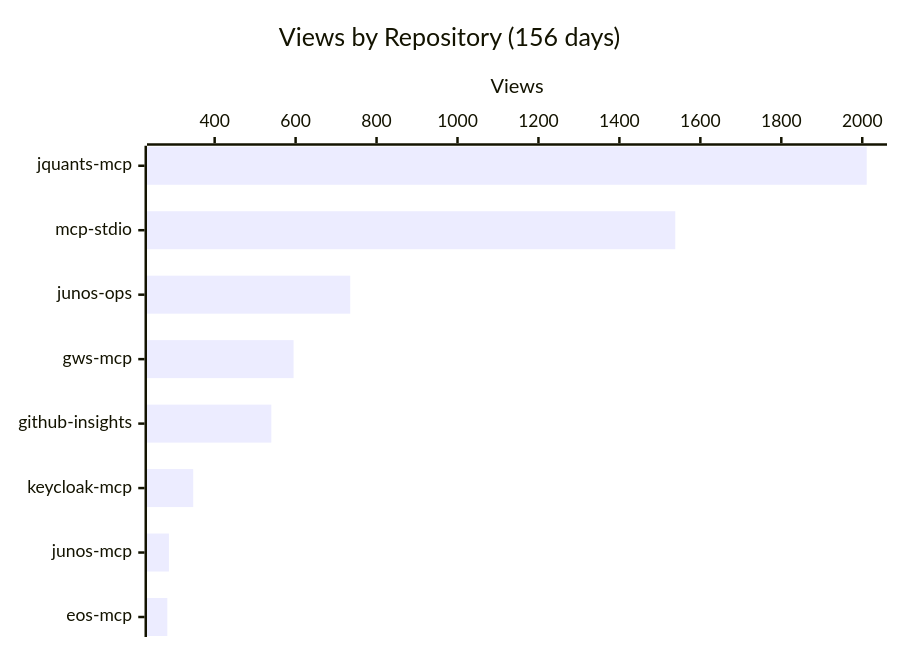
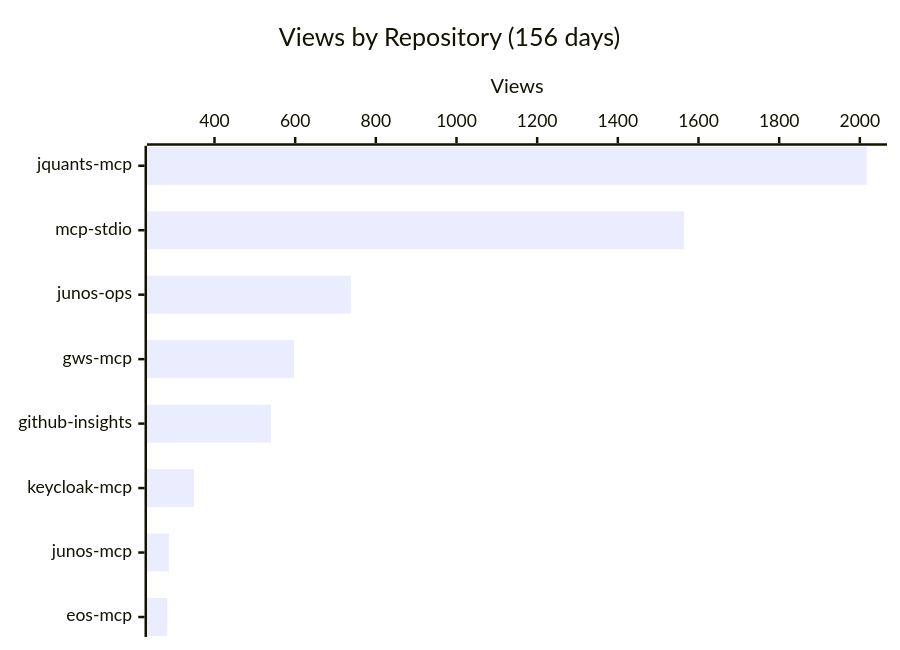
The first of 4 diagrams in README.md (shigechika/github-insights), drawn with Mermaid before and after one commit. The commit also changed other lines of this file and 2 other files, not shown here.

````diff
--- a/README.md
+++ b/README.md
@@ -18,7 +18,7 @@
 ```mermaid
 xychart-beta horizontal
     title "Views by Repository (156 days)"
     x-axis ["jquants-mcp", "mcp-stdio", "junos-ops", "gws-mcp", "github-insights", "keycloak-mcp", "junos-mcp", "eos-mcp"]
     y-axis "Views"
-    bar [2011, 1538, 735, 595, 540, 347, 287, 283]
+    bar [2017, 1564, 738, 597, 540, 349, 287, 283]
 ```
````
